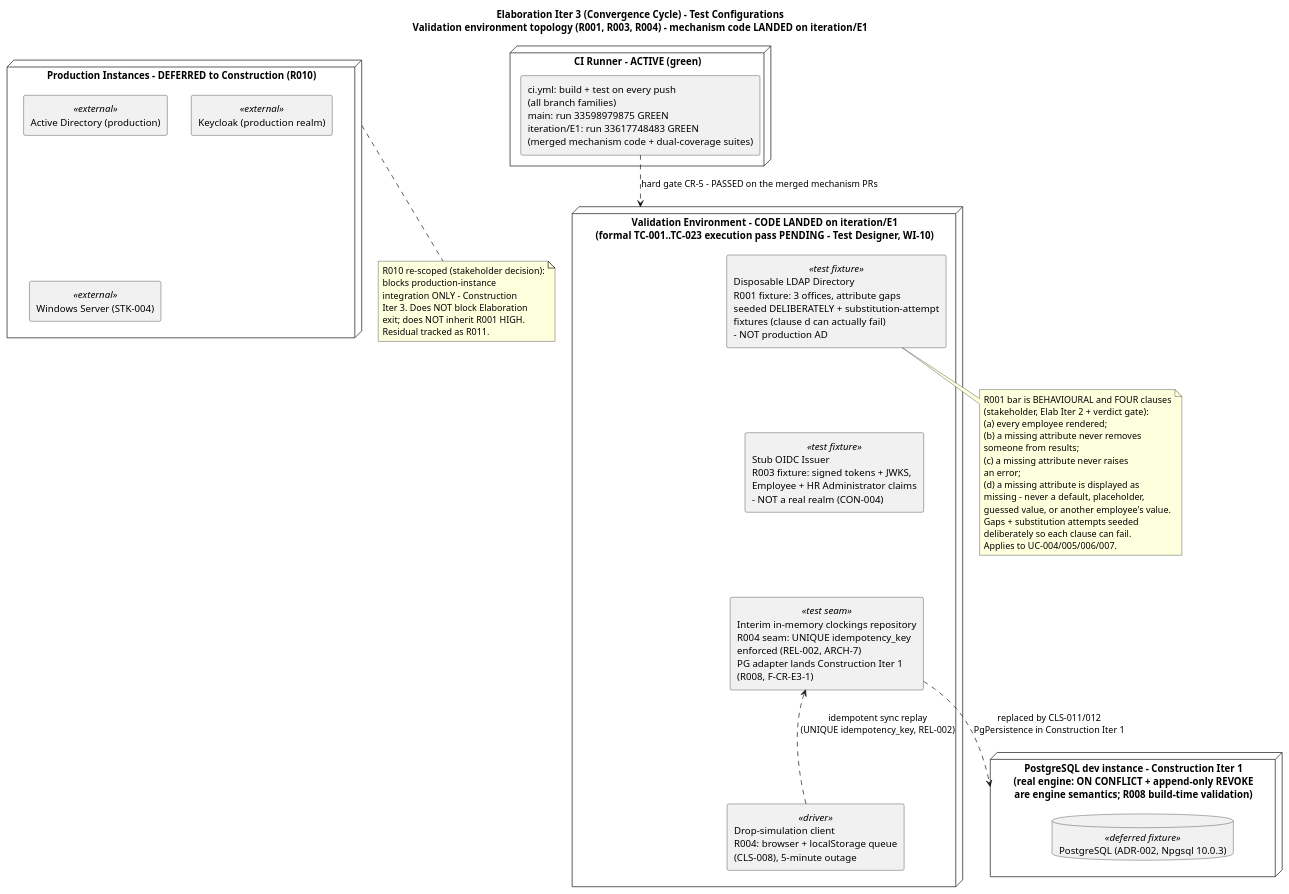
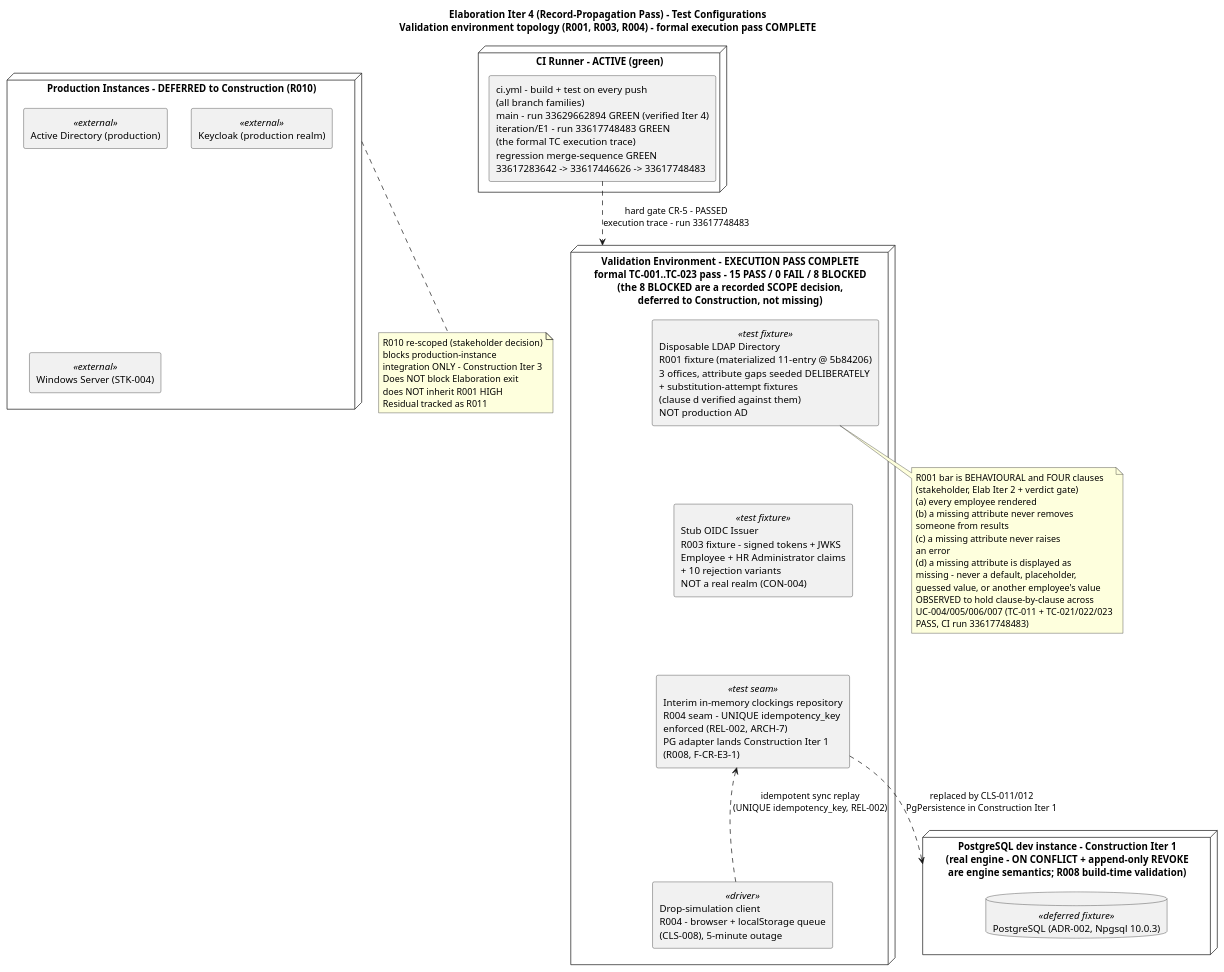
The first of 5 diagrams in docs/artifacts/test/test-evaluation-summary.md (banense-test/employee-portal), drawn with PlantUML before and after one commit. The commit also changed other lines of this file, not shown here.

First line of the commit message:
Test Manager [E4]: upsert Test Evaluation Summary

````diff
--- a/docs/artifacts/test/test-evaluation-summary.md
+++ b/docs/artifacts/test/test-evaluation-summary.md
@@ -40,60 +43,60 @@
 ```plantuml
 @startuml
 skinparam componentStyle rectangle
 skinparam fontSize 11
-title Elaboration Iter 3 (Convergence Cycle) - Test Configurations\nValidation environment topology (R001, R003, R004) - mechanism code LANDED on iteration/E1
+title Elaboration Iter 4 (Record-Propagation Pass) - Test Configurations\nValidation environment topology (R001, R003, R004) - formal execution pass COMPLETE
 
 node "CI Runner - ACTIVE (green)" as CI {
-  component "ci.yml: build + test on every push\n(all branch families)\nmain: run 33598979875 GREEN\niteration/E1: run 33617748483 GREEN\n(merged mechanism code + dual-coverage suites)" as CIPIPE
+  component "ci.yml - build + test on every push\n(all branch families)\nmain - run 33629662894 GREEN (verified Iter 4)\niteration/E1 - run 33617748483 GREEN\n(the formal TC execution trace)\nregression merge-sequence GREEN\n33617283642 -> 33617446626 -> 33617748483" as CIPIPE
 }
 
-node "Validation Environment - CODE LANDED on iteration/E1\n(formal TC-001..TC-023 execution pass PENDING - Test Designer, WI-10)" as VAL {
-  component "Disposable LDAP Directory\nR001 fixture: 3 offices, attribute gaps\nseeded DELIBERATELY + substitution-attempt\nfixtures (clause d can actually fail)\n- NOT production AD" as LDAPD <<test fixture>>
-  component "Stub OIDC Issuer\nR003 fixture: signed tokens + JWKS,\nEmployee + HR Administrator claims\n- NOT a real realm (CON-004)" as STUB <<test fixture>>
-  component "Interim in-memory clockings repository\nR004 seam: UNIQUE idempotency_key\nenforced (REL-002, ARCH-7)\nPG adapter lands Construction Iter 1\n(R008, F-CR-E3-1)" as REPO <<test seam>>
-  component "Drop-simulation client\nR004: browser + localStorage queue\n(CLS-008), 5-minute outage" as DROPC <<driver>>
+node "Validation Environment - EXECUTION PASS COMPLETE\nformal TC-001..TC-023 pass - 15 PASS / 0 FAIL / 8 BLOCKED\n(the 8 BLOCKED are a recorded SCOPE decision,\ndeferred to Construction, not missing)" as VAL {
+  component "Disposable LDAP Directory\nR001 fixture (materialized 11-entry @ 5b84206)\n3 offices, attribute gaps seeded DELIBERATELY\n+ substitution-attempt fixtures\n(clause d verified against them)\nNOT production AD" as LDAPD <<test fixture>>
+  component "Stub OIDC Issuer\nR003 fixture - signed tokens + JWKS\nEmployee + HR Administrator claims\n+ 10 rejection variants\nNOT a real realm (CON-004)" as STUB <<test fixture>>
+  component "Interim in-memory clockings repository\nR004 seam - UNIQUE idempotency_key\nenforced (REL-002, ARCH-7)\nPG adapter lands Construction Iter 1\n(R008, F-CR-E3-1)" as REPO <<test seam>>
+  component "Drop-simulation client\nR004 - browser + localStorage queue\n(CLS-008), 5-minute outage" as DROPC <<driver>>
 }
 
-node "PostgreSQL dev instance - Construction Iter 1\n(real engine: ON CONFLICT + append-only REVOKE\nare engine semantics; R008 build-time validation)" as PGDEF {
+node "PostgreSQL dev instance - Construction Iter 1\n(real engine - ON CONFLICT + append-only REVOKE\nare engine semantics; R008 build-time validation)" as PGDEF {
   database "PostgreSQL (ADR-002, Npgsql 10.0.3)" as PGDEV <<deferred fixture>>
 }
 
 node "Production Instances - DEFERRED to Construction (R010)" as PROD {
   component "Active Directory (production)" as ADP <<external>>
   component "Keycloak (production realm)" as KCP <<external>>
   component "Windows Server (STK-004)" as WSP <<external>>
 }
 
-CIPIPE ..> VAL : hard gate CR-5 - PASSED on the merged mechanism PRs
+CIPIPE ..> VAL : hard gate CR-5 - PASSED\nexecution trace - run 33617748483
 DROPC ..> REPO : idempotent sync replay\n(UNIQUE idempotency_key, REL-002)
 REPO ..> PGDEF : replaced by CLS-011/012\nPgPersistence in Construction Iter 1
 LDAPD -[hidden]-> STUB
 STUB -[hidden]-> REPO
 REPO -[hidden]-> DROPC
 
 note bottom of LDAPD
   R001 bar is BEHAVIOURAL and FOUR clauses
-  (stakeholder, Elab Iter 2 + verdict gate):
-  (a) every employee rendered;
+  (stakeholder, Elab Iter 2 + verdict gate)
+  (a) every employee rendered
   (b) a missing attribute never removes
-  someone from results;
+  someone from results
   (c) a missing attribute never raises
-  an error;
+  an error
   (d) a missing attribute is displayed as
   missing - never a default, placeholder,
-  guessed value, or another employee's value.
-  Gaps + substitution attempts seeded
-  deliberately so each clause can fail.
-  Applies to UC-004/005/006/007.
+  guessed value, or another employee's value
+  OBSERVED to hold clause-by-clause across
+  UC-004/005/006/007 (TC-011 + TC-021/022/023
+  PASS, CI run 33617748483)
 end note
 
 note bottom of PROD
-  R010 re-scoped (stakeholder decision):
+  R010 re-scoped (stakeholder decision)
   blocks production-instance
-  integration ONLY - Construction
-  Iter 3. Does NOT block Elaboration
-  exit; does NOT inherit R001 HIGH.
-  Residual tracked as R011.
+  integration ONLY - Construction Iter 3
+  Does NOT block Elaboration exit
+  does NOT inherit R001 HIGH
+  Residual tracked as R011
 end note
 @enduml
 ```
````
